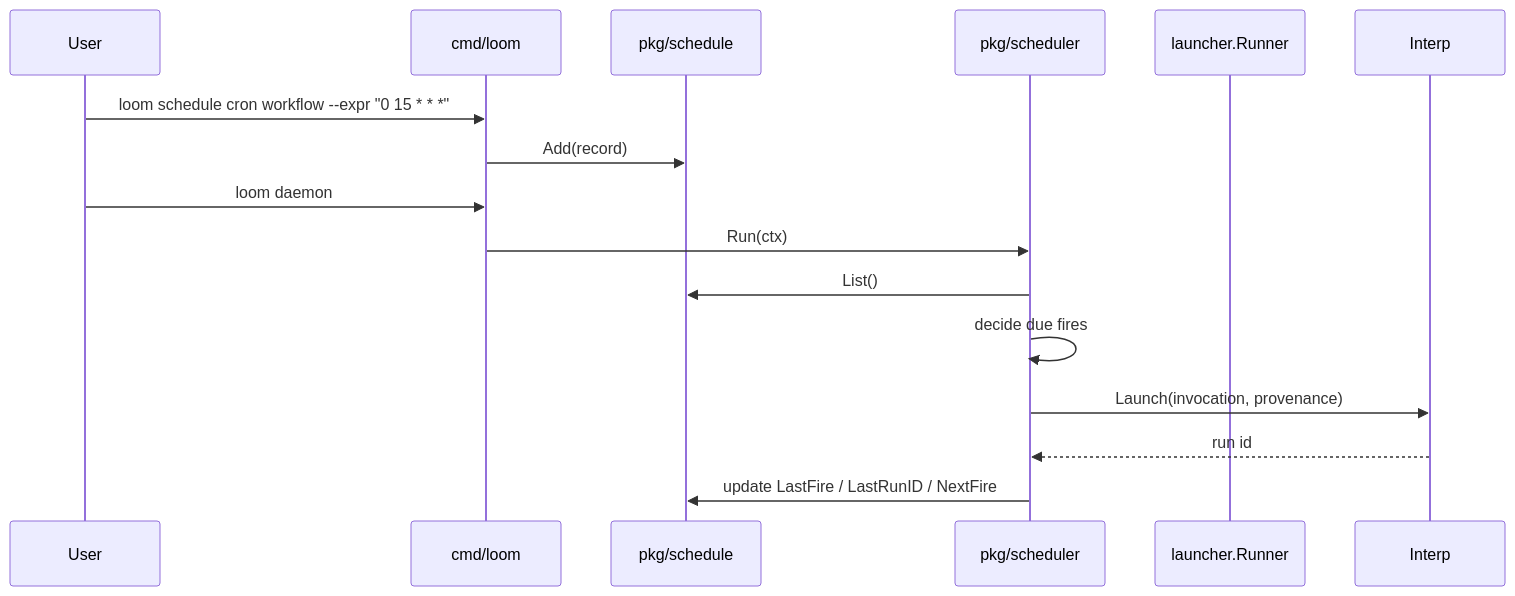
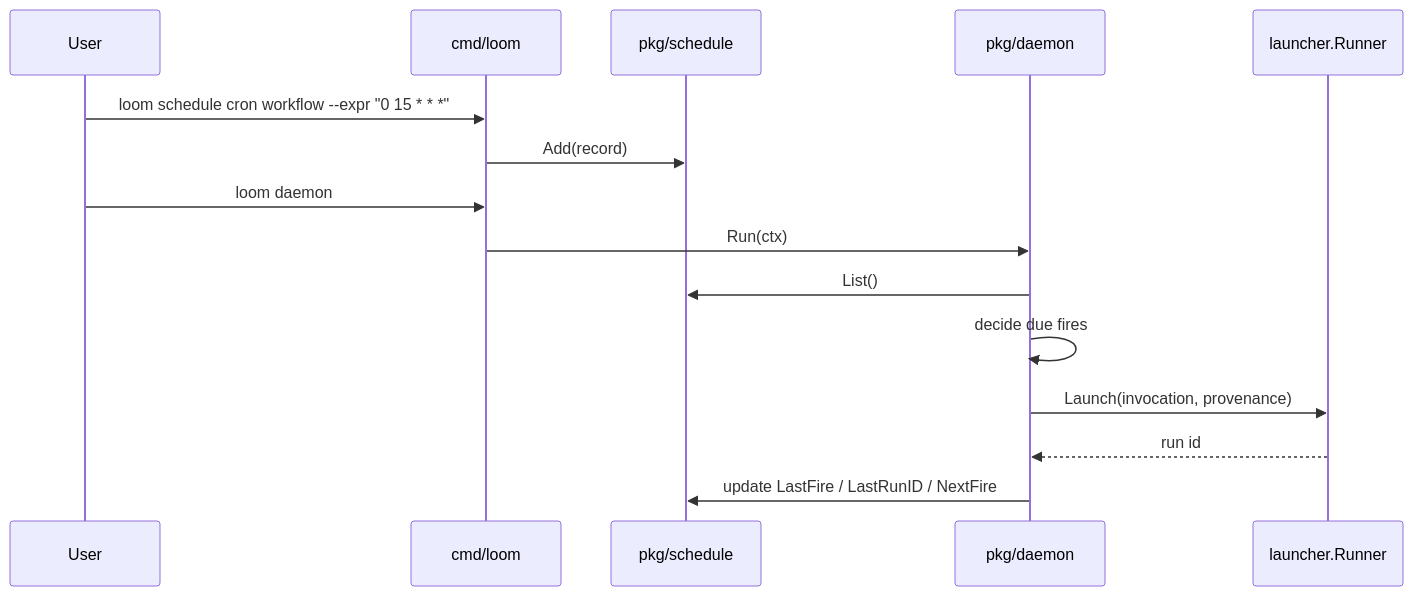
The fourth of 4 diagrams in docs/cmd-loom-implementation.md (mcuste/loom), drawn with Mermaid before and after one commit. The commit also changed other lines of this file and 21 other files, not shown here.

First line of the commit message:
[daemon] replace scheduler with watched daemon

````diff
--- a/docs/cmd-loom-implementation.md
+++ b/docs/cmd-loom-implementation.md
@@ -388,18 +388,18 @@
 ```mermaid
 sequenceDiagram
   participant User
   participant CLI as cmd/loom
   participant Sched as pkg/schedule
-  participant Daemon as pkg/scheduler
+  participant Daemon as pkg/daemon
   participant Launch as launcher.Runner
 
   User->>CLI: loom schedule cron workflow --expr "0 15 * * *"
   CLI->>Sched: Add(record)
   User->>CLI: loom daemon
   CLI->>Daemon: Run(ctx)
   Daemon->>Sched: List()
   Daemon->>Daemon: decide due fires
-  Daemon->>Interp: Launch(invocation, provenance)
-  Interp-->>Daemon: run id
+  Daemon->>Launch: Launch(invocation, provenance)
+  Launch-->>Daemon: run id
   Daemon->>Sched: update LastFire / LastRunID / NextFire
 ```
````
